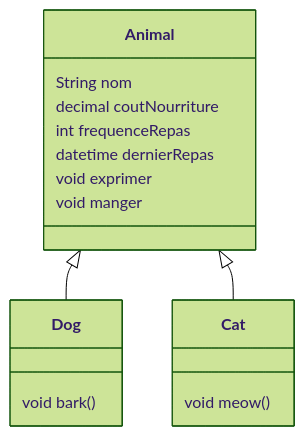
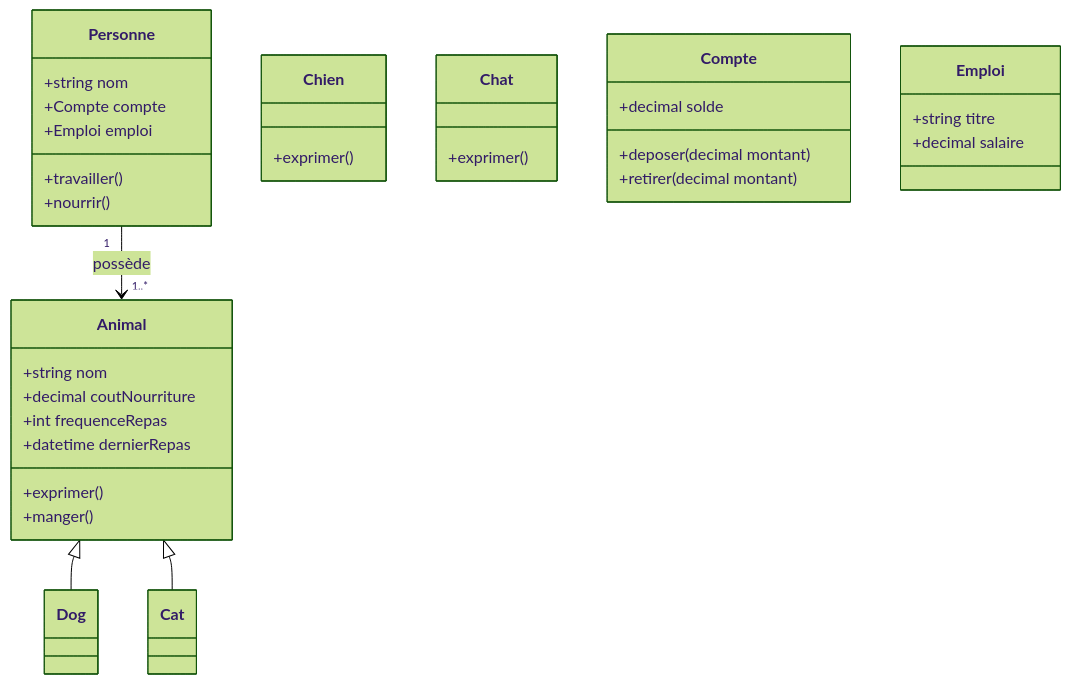
One commit to FrancoLeme/WIN_BobCity-S3-S4- changed the diagram in Diagramme.mmd. Above: the diagram before and after it, drawn with Mermaid (forest theme).

```diff
--- a/Diagramme.mmd
+++ b/Diagramme.mmd
@@ -1,21 +1,46 @@
 classDiagram
     Animal <|-- Dog
     Animal <|-- Cat
+    Personne "1" --> "1..*" Animal : possède
 
-    class Animal {
-        String nom
-        decimal coutNourriture
-        int frequenceRepas
-        datetime dernierRepas
 
-        void exprimer
-        void manger
+    class Animal{
+        +string nom
+        +decimal coutNourriture
+        +int frequenceRepas
+        +datetime dernierRepas
+
+        +exprimer()
+        +manger()
     }
 
-    class Dog {
-        void bark()
+    class Chien{
+        +exprimer()
     }
 
-    class Cat {
-        void meow()
+    class Chat{
+        +exprimer()
     }
+
+    class Personne{
+        +string nom
+        +Compte compte
+        +Emploi emploi
+
+        +travailler()
+        +nourrir()
+    }
+
+    class Compte{
+        +decimal solde
+
+        +deposer(decimal montant)
+        +retirer(decimal montant)
+    }
+
+    class Emploi{
+        +string titre
+        +decimal salaire
+
+
+    }
```
